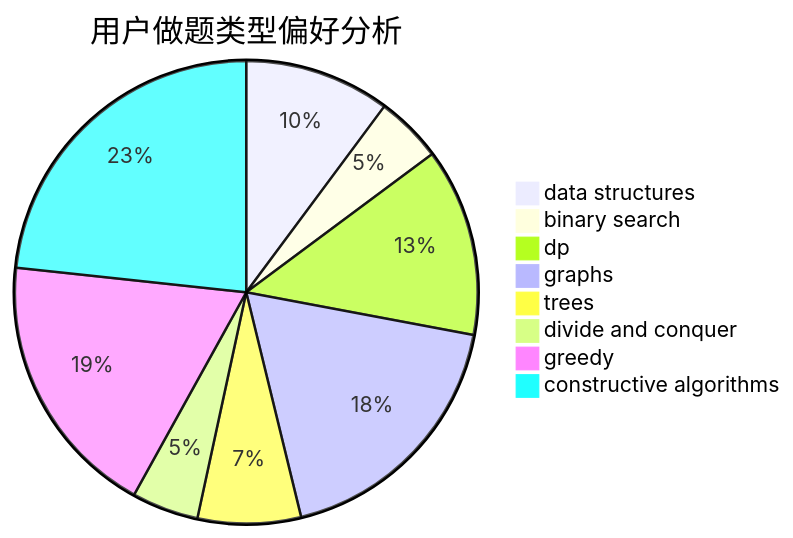
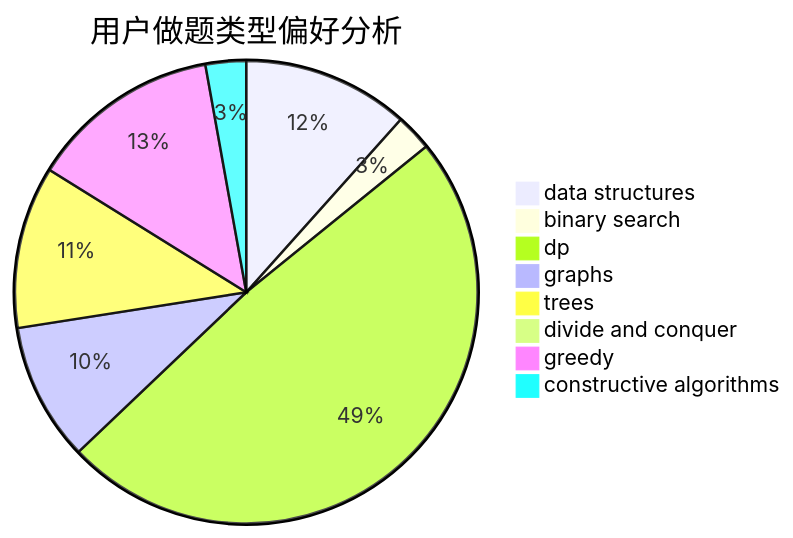
One commit to sherpahu/cfrs.github.io changed the second of 3 diagrams in docs/user/u1014.md. Above: the diagram before and after it, drawn with Mermaid. The commit also changed other lines of this file and 2770 other files, not shown here.

````diff
--- a/docs/user/u1014.md
+++ b/docs/user/u1014.md
@@ -23,11 +23,11 @@
 ```mermaid
 pie title 用户做题类型偏好分析
-    "data structures" :  24
-    "binary search" :  11
-    "dp" :  31
-    "graphs" :  43
-    "trees" :  17
-    "divide and conquer" :  11
-    "greedy" :  44
-    "constructive algorithms" :  55
+    "data structures" :  41
+    "binary search" :  9
+    "dp" :  172
+    "graphs" :  34
+    "trees" :  40
+    "divide and conquer" :  0
+    "greedy" :  47
+    "constructive algorithms" :  10
 ```
````
